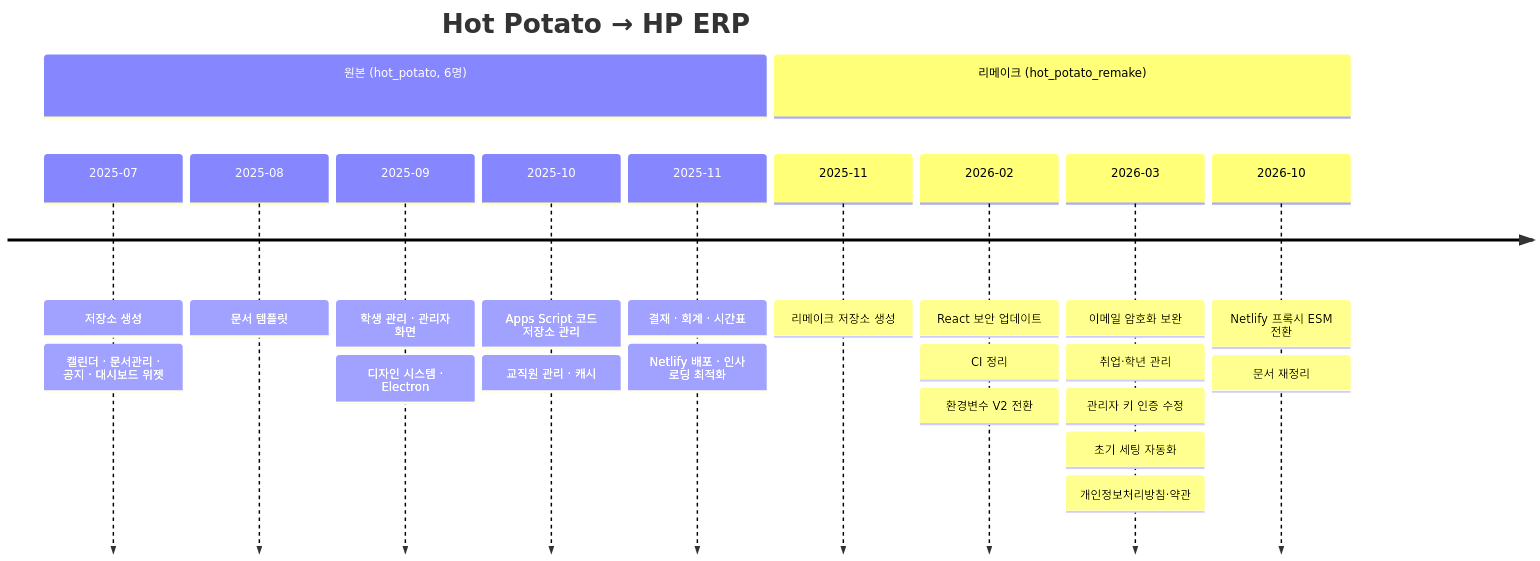
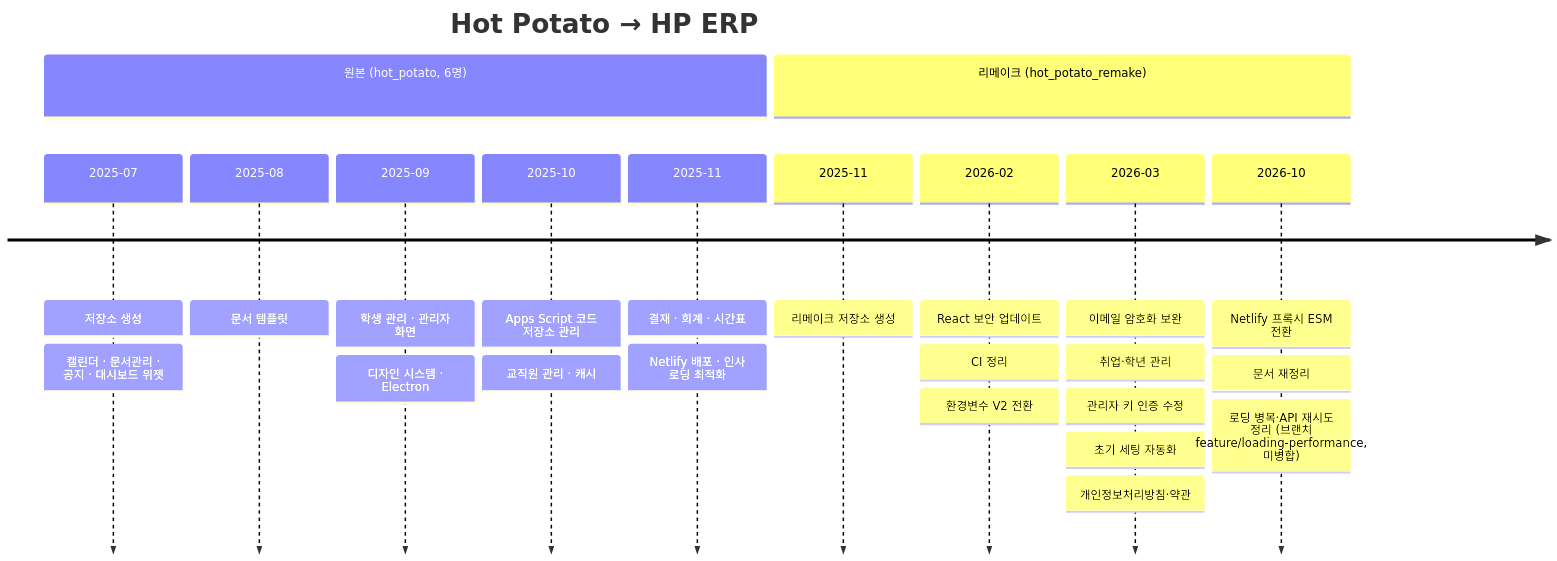
The diagram in docs/STATUS.md (semicolon213/hot_potato_remake), drawn with Mermaid before and after one commit. The commit also changed other lines of this file and 10 other files, not shown here.

````diff
--- a/docs/STATUS.md
+++ b/docs/STATUS.md
@@ -54,15 +55,15 @@
 ```mermaid
 timeline
     title Hot Potato → HP ERP
     section 원본 (hot_potato, 6명)
         2025-07 : 저장소 생성 : 캘린더 · 문서관리 · 공지 · 대시보드 위젯
         2025-08 : 문서 템플릿
         2025-09 : 학생 관리 · 관리자 화면 : 디자인 시스템 · Electron
         2025-10 : Apps Script 코드 저장소 관리 : 교직원 관리 · 캐시
         2025-11 : 결재 · 회계 · 시간표 : Netlify 배포 · 인사 로딩 최적화
     section 리메이크 (hot_potato_remake)
         2025-11 : 리메이크 저장소 생성
         2026-02 : React 보안 업데이트 : CI 정리 : 환경변수 V2 전환
         2026-03 : 이메일 암호화 보완 : 취업·학년 관리 : 관리자 키 인증 수정 : 초기 세팅 자동화 : 개인정보처리방침·약관
-        2026-10 : Netlify 프록시 ESM 전환 : 문서 재정리
+        2026-10 : Netlify 프록시 ESM 전환 : 문서 재정리 : 로딩 병목·API 재시도 정리 (브랜치 feature/loading-performance, 미병합)
 ```
````
